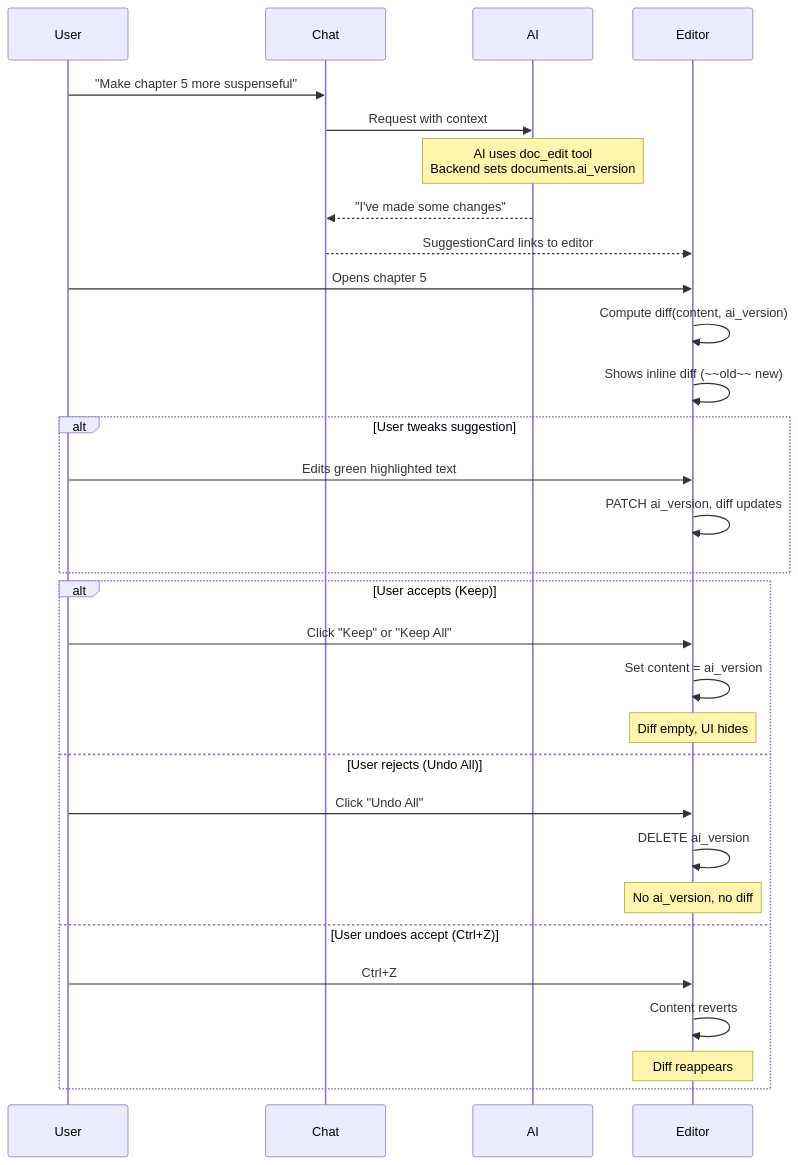
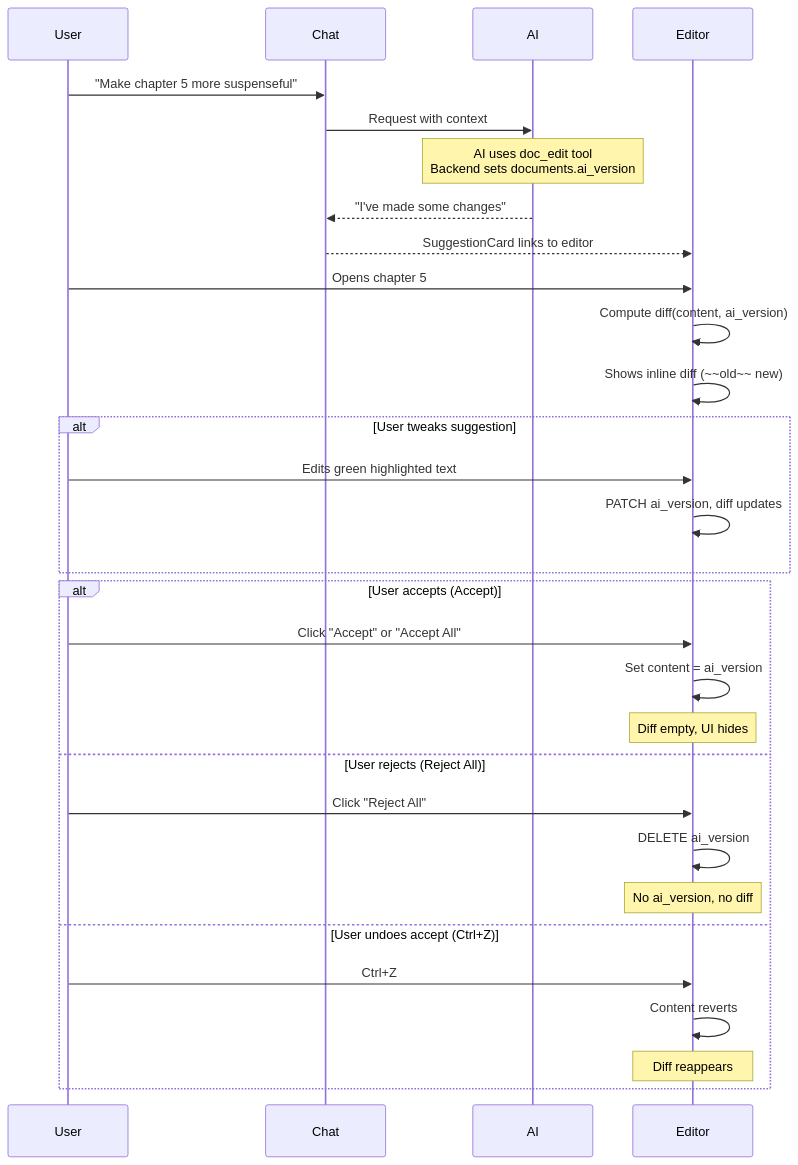
Before and after one commit to haowjy/meridian: the second of 2 diagrams in _docs/plans/ai-editing/README.md, drawn with Mermaid. The commit also changed other lines of this file and 17 other files, not shown here.

Commit message:
rename undo/redo -> accept/reject

````diff
--- a/_docs/plans/ai-editing/README.md
+++ b/_docs/plans/ai-editing/README.md
@@ -128,37 +128,37 @@
 ```mermaid
 sequenceDiagram
     participant User
     participant Chat
     participant AI
     participant Editor
 
     User->>Chat: "Make chapter 5 more suspenseful"
     Chat->>AI: Request with context
     Note over AI: AI uses doc_edit tool<br/>Backend sets documents.ai_version
 
     AI-->>Chat: "I've made some changes"
     Chat-->>Editor: SuggestionCard links to editor
 
     User->>Editor: Opens chapter 5
     Editor->>Editor: Compute diff(content, ai_version)
     Editor->>Editor: Shows inline diff (~~old~~ new)
 
     alt User tweaks suggestion
         User->>Editor: Edits green highlighted text
         Editor->>Editor: PATCH ai_version, diff updates
     end
 
-    alt User accepts (Keep)
-        User->>Editor: Click "Keep" or "Keep All"
+    alt User accepts (Accept)
+        User->>Editor: Click "Accept" or "Accept All"
         Editor->>Editor: Set content = ai_version
         Note over Editor: Diff empty, UI hides
-    else User rejects (Undo All)
-        User->>Editor: Click "Undo All"
+    else User rejects (Reject All)
+        User->>Editor: Click "Reject All"
         Editor->>Editor: DELETE ai_version
         Note over Editor: No ai_version, no diff
     else User undoes accept (Ctrl+Z)
         User->>Editor: Ctrl+Z
         Editor->>Editor: Content reverts
         Note over Editor: Diff reappears
     end
 ```
````
